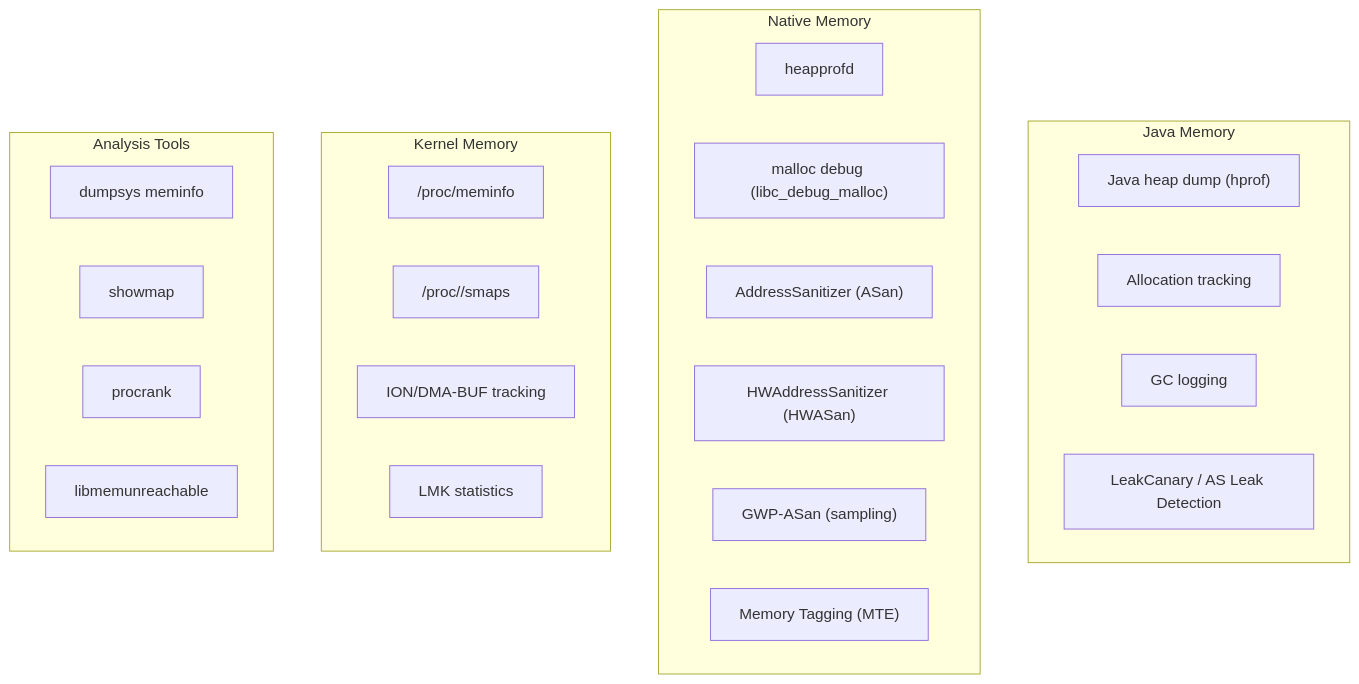
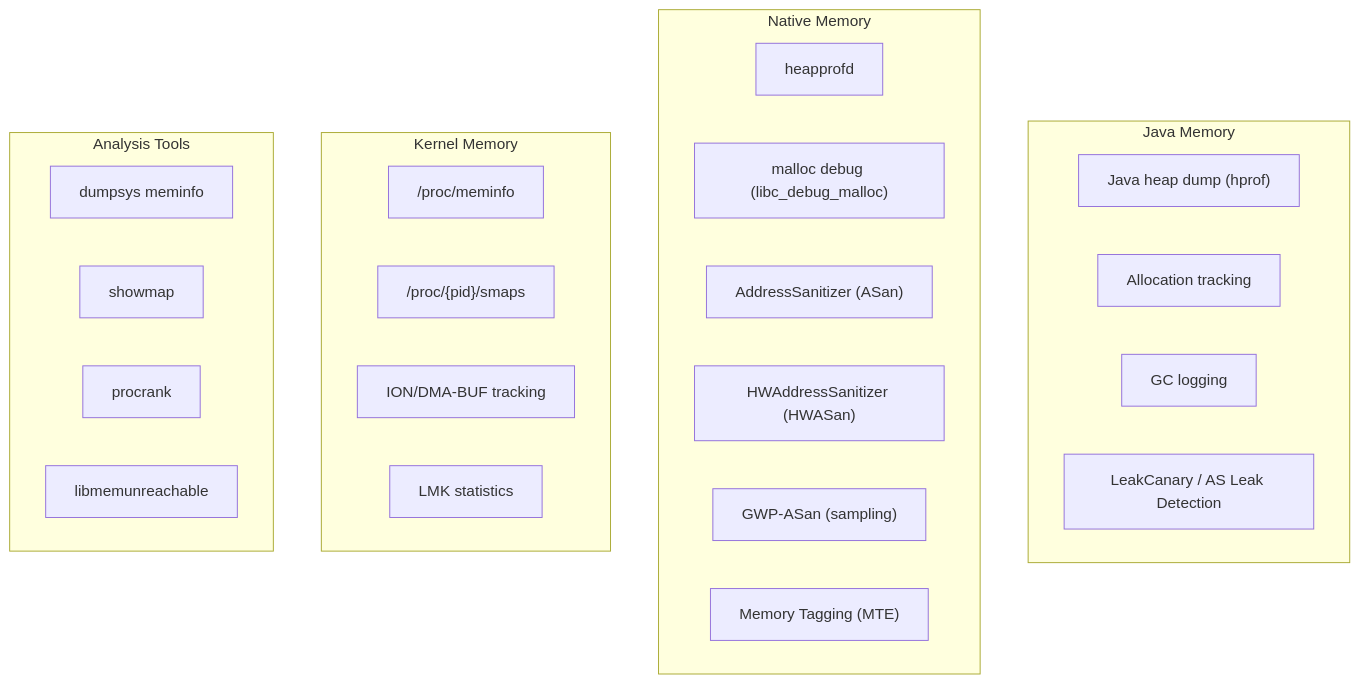
Diagram 30 of 35 in 56-debugging-tools.md (fwrite0920/aosp-internal-book), drawn with Mermaid before and after one commit. The commit also changed other lines of this file and 21 other files, not shown here.

First line of the commit message:
Fix Mermaid diagrams and formatting in Parts IX-XV and Appendix A (chapters 40-63)

````diff
--- a/56-debugging-tools.md
+++ b/56-debugging-tools.md
@@ -3784,32 +3784,32 @@
 ```mermaid
 graph TB
     subgraph "Java Memory"
         HPROF["Java heap dump (hprof)"]
         ALLOC["Allocation tracking"]
         GC_LOG["GC logging"]
         LEAK["LeakCanary / AS Leak Detection"]
     end
 
     subgraph "Native Memory"
         HEAPPROFD_M["heapprofd"]
         MALLOC_DEBUG["malloc debug (libc_debug_malloc)"]
         ASAN["AddressSanitizer (ASan)"]
         HWASAN["HWAddressSanitizer (HWASan)"]
         GWP_ASAN["GWP-ASan (sampling)"]
         MEMTAG["Memory Tagging (MTE)"]
     end
 
     subgraph "Kernel Memory"
         MEMINFO["/proc/meminfo"]
-        PROCMEM["/proc/<pid>/smaps"]
+        PROCMEM["/proc/{pid}/smaps"]
         ION["ION/DMA-BUF tracking"]
         LMK["LMK statistics"]
     end
 
     subgraph "Analysis Tools"
         DUMPSYS_MEM["dumpsys meminfo"]
         SHOWMAP["showmap"]
         PROCRANK["procrank"]
         LIBMEMUNREACHABLE["libmemunreachable"]
     end
 ```
````
